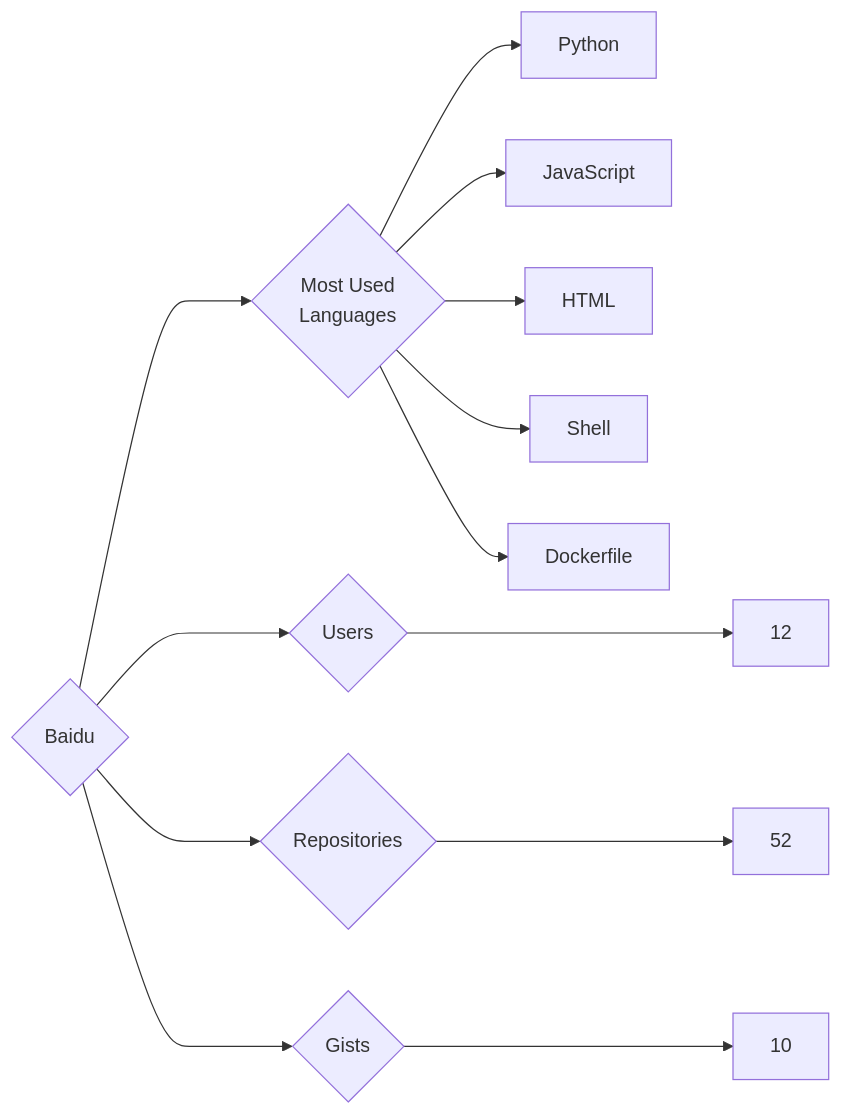
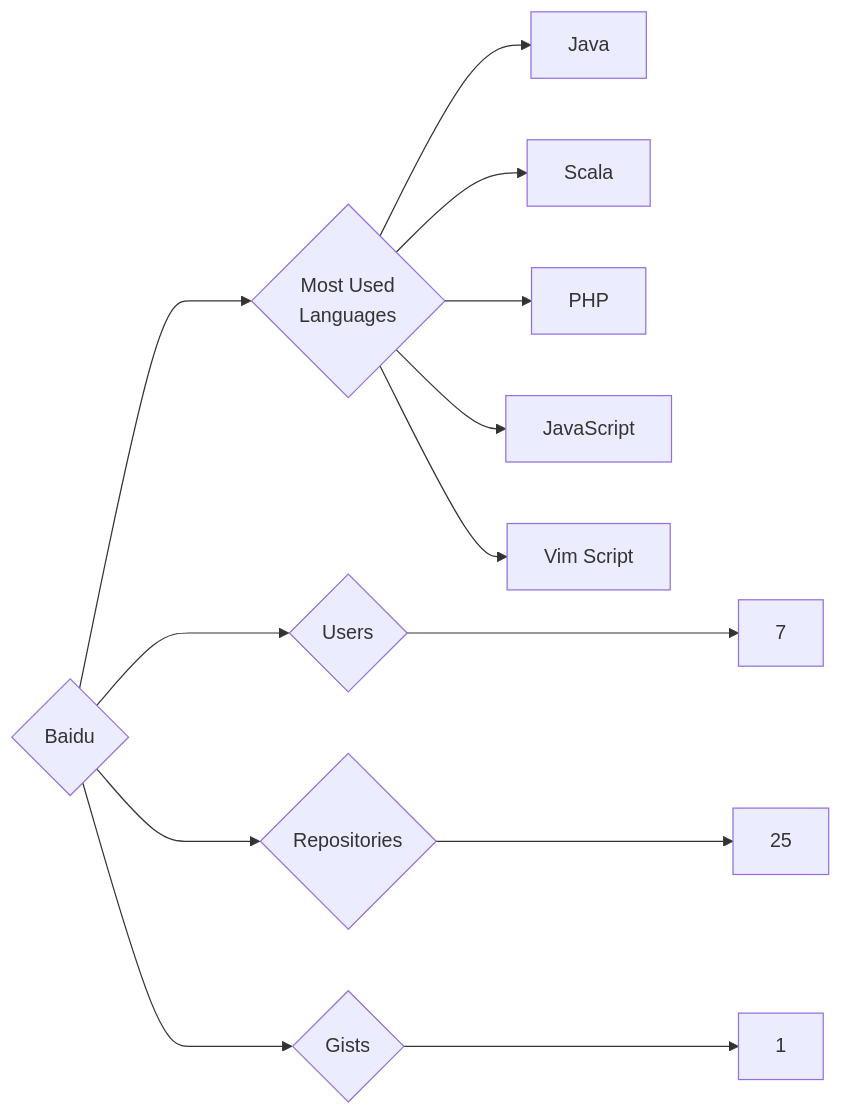
One commit to trickest/insiders changed the diagram in targets/Baidu/README.md. Above: the diagram before and after it, drawn with Mermaid. The commit also changed 840 other files, not shown here.

````diff
--- a/targets/Baidu/README.md
+++ b/targets/Baidu/README.md
@@ -3,13 +3,13 @@
 ```mermaid
 graph LR
 COMPANY_NAME{Baidu}
-COMPANY_NAME ---> U{Users} ---> UN[12]
-COMPANY_NAME ---> R{Repositories} ---> RN[52]
-COMPANY_NAME ---> G{Gists} ---> GN[10]
+COMPANY_NAME ---> U{Users} ---> UN[7]
+COMPANY_NAME ---> R{Repositories} ---> RN[25]
+COMPANY_NAME ---> G{Gists} ---> GN[1]
 COMPANY_NAME ---> ML{Most Used<br>Languages}
-ML --> Python[Python]
+ML --> Java[Java]
+ML --> Scala[Scala]
+ML --> PHP[PHP]
 ML --> JavaScript[JavaScript]
-ML --> HTML[HTML]
-ML --> Shell[Shell]
-ML --> Dockerfile[Dockerfile]
+ML --> Vim_Script[Vim Script]
 ```
````
